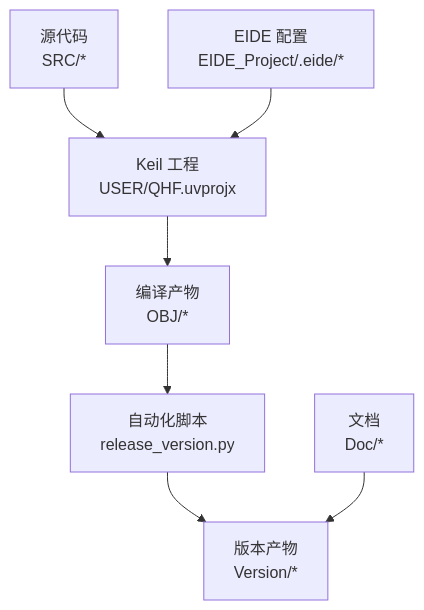
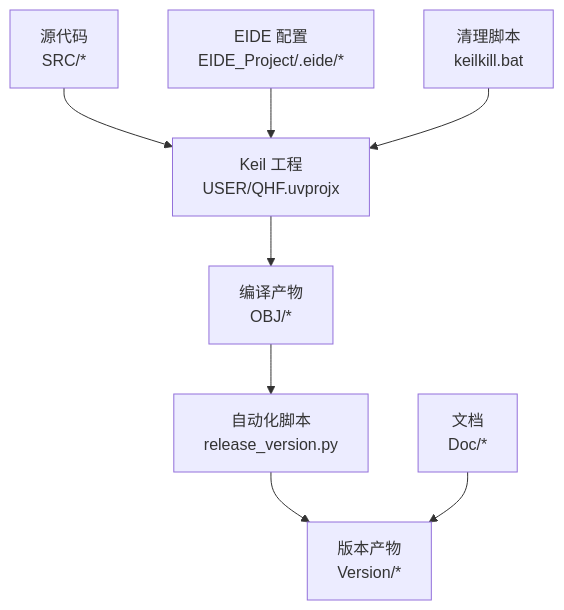
One commit to zym787/general-switcher changed the first of 5 diagrams in .qoder/repowiki/zh/content/版本管理和构建.md. Above: the diagram before and after it, drawn with Mermaid. The commit also changed other lines of this file and 5 other files, not shown here.

````diff
--- a/.qoder/repowiki/zh/content/版本管理和构建.md
+++ b/.qoder/repowiki/zh/content/版本管理和构建.md
@@ -39,9 +48,10 @@
 ```mermaid
 graph TB
 A["源代码<br/>SRC/*"] --> B["Keil 工程<br/>USER/QHF.uvprojx"]
 B --> C["编译产物<br/>OBJ/*"]
 C --> D["自动化脚本<br/>release_version.py"]
 D --> E["版本产物<br/>Version/*"]
 F["文档<br/>Doc/*"] --> E
 G["EIDE 配置<br/>EIDE_Project/.eide/*"] --> B
+H["清理脚本<br/>keilkill.bat"] --> B
 ```
````
